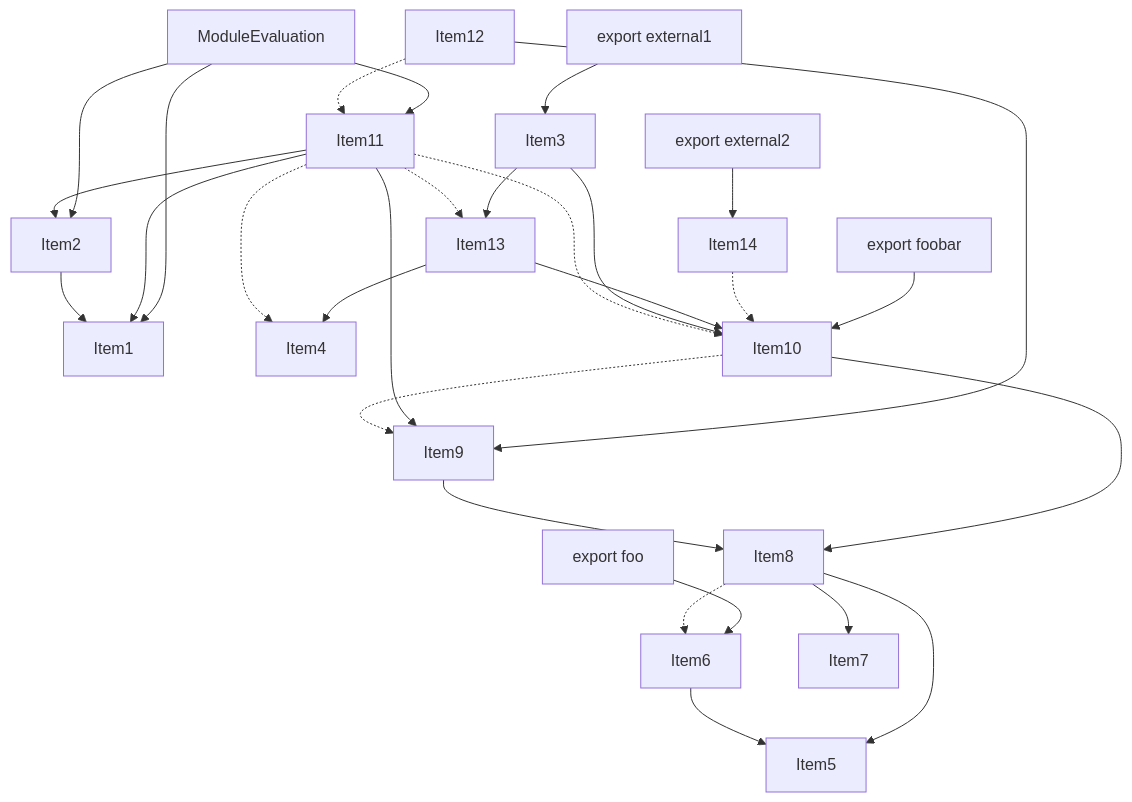
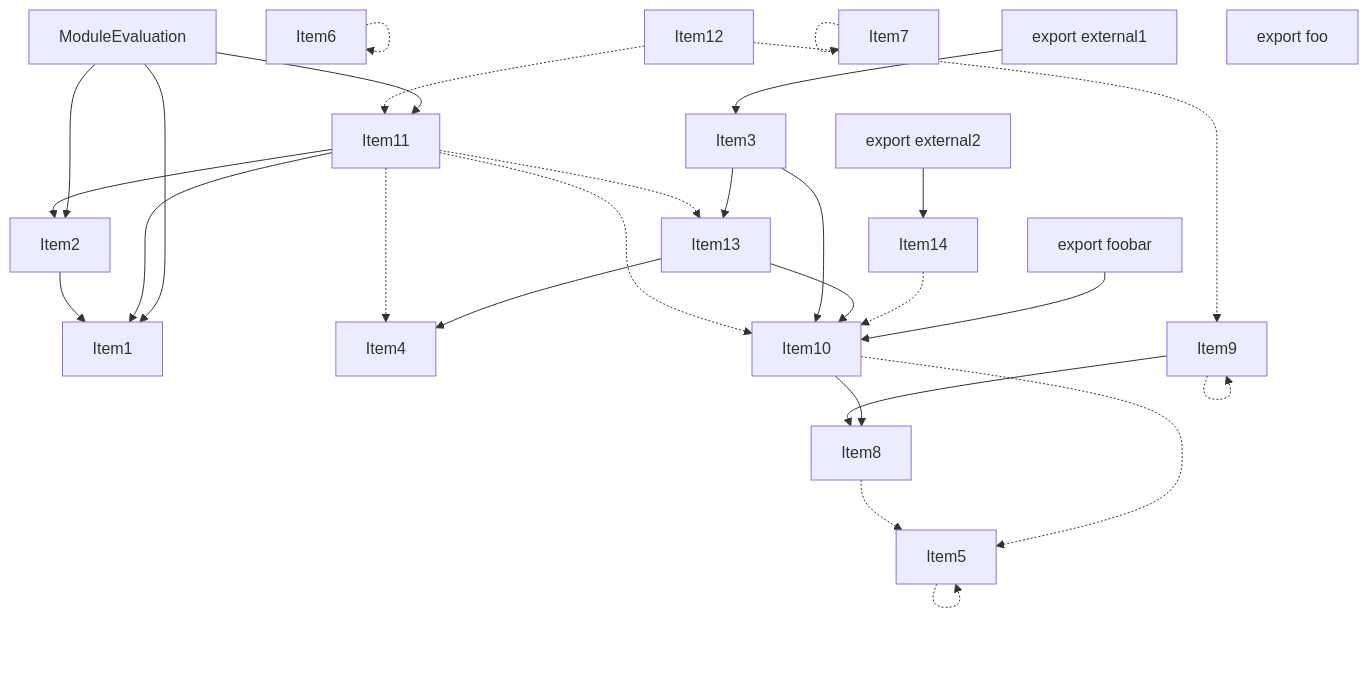
One commit to vercel/turborepo changed the fourth of 5 diagrams in crates/turbopack-ecmascript/tests/tree-shaker/analyzer/2/output.md. Above: the diagram before and after it, drawn with Mermaid. The commit also changed other lines of this file and 20 other files, not shown here.

````diff
--- a/crates/turbopack-ecmascript/tests/tree-shaker/analyzer/2/output.md
+++ b/crates/turbopack-ecmascript/tests/tree-shaker/analyzer/2/output.md
@@ -282,55 +282,54 @@
 ```mermaid
 graph TD
     Item3;
     Item1;
     Item4;
     Item5;
     Item6;
     Item7;
     Item8;
     Item9;
     Item10;
     Item11;
     Item12;
     Item13;
     Item14;
     Item2;
     Item15;
     Item15["ModuleEvaluation"];
     Item16;
     Item16["export external1"];
     Item17;
     Item17["export foobar"];
     Item18;
     Item18["export foo"];
     Item19;
     Item19["export external2"];
     Item2 --> Item1;
-    Item6 --> Item5;
-    Item8 --> Item7;
-    Item8 --> Item5;
-    Item8 -.-> Item6;
+    Item5 -.-> Item5;
+    Item6 -.-> Item6;
+    Item7 -.-> Item7;
+    Item8 -.-> Item5;
     Item9 --> Item8;
+    Item9 -.-> Item9;
     Item10 --> Item8;
-    Item10 -.-> Item9;
-    Item11 --> Item9;
+    Item10 -.-> Item5;
     Item11 --> Item1;
     Item11 --> Item2;
     Item11 -.-> Item13;
     Item11 -.-> Item10;
     Item11 -.-> Item4;
-    Item12 --> Item9;
     Item12 -.-> Item11;
+    Item12 -.-> Item9;
     Item3 --> Item13;
     Item3 --> Item10;
     Item13 --> Item4;
     Item13 --> Item10;
     Item14 -.-> Item10;
     Item15 --> Item1;
     Item15 --> Item2;
     Item15 --> Item11;
     Item16 --> Item3;
     Item17 --> Item10;
-    Item18 --> Item6;
     Item19 --> Item14;
 ```
````
